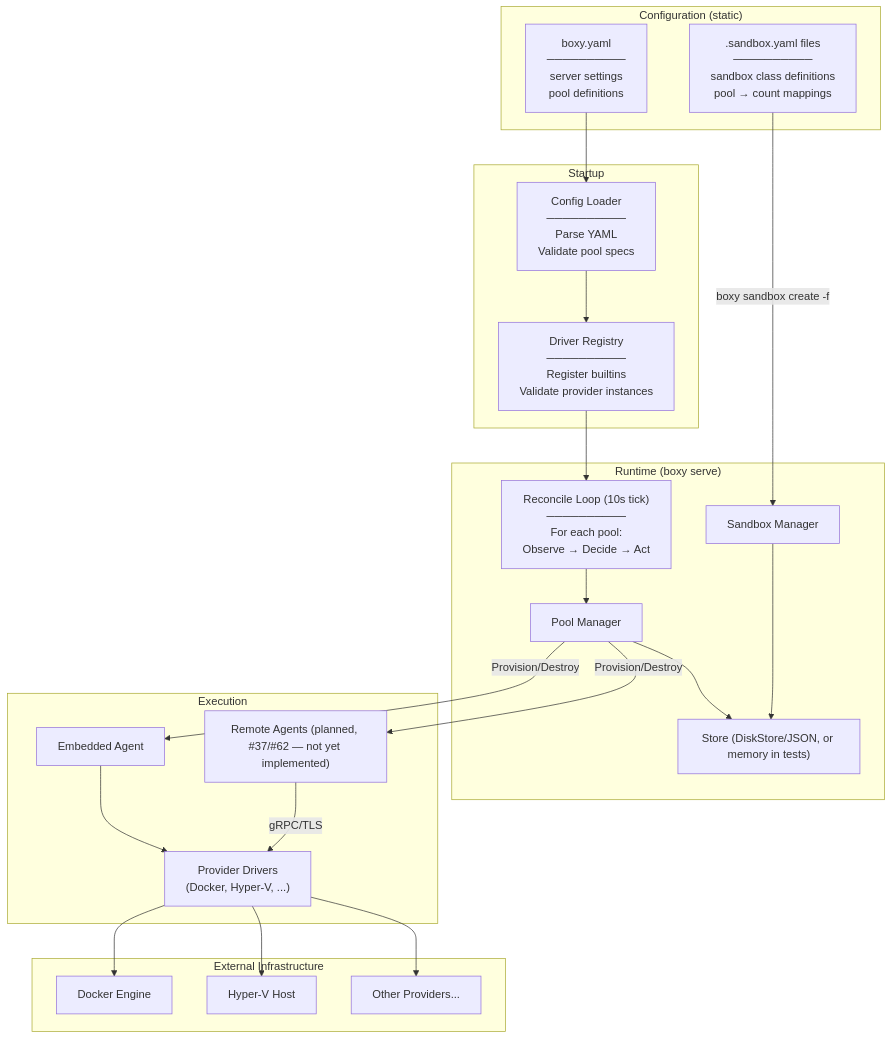
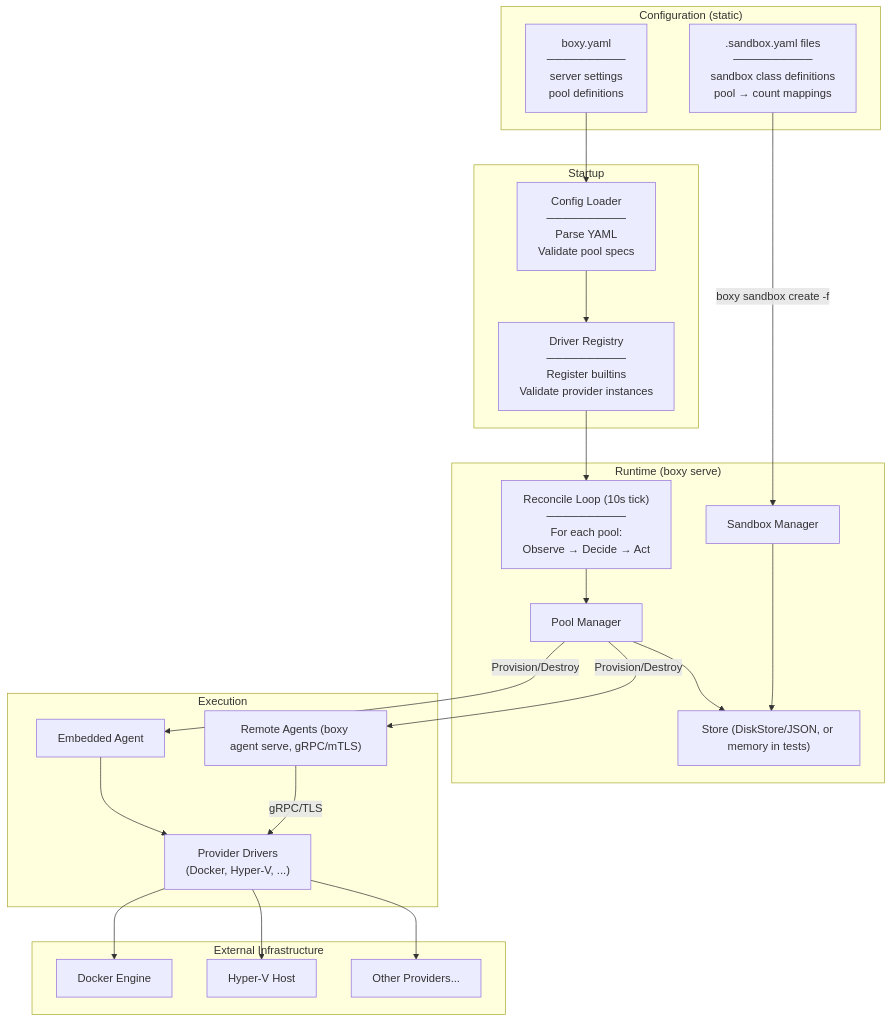
Before and after one commit to Geogboe/boxy: diagram 11 of 12 in docs/architecture.md, drawn with Mermaid. The commit also changed other lines of this file and 1 other file, not shown here.

First line of the commit message:
docs: mark remote agent transport as implemented in architecture docs

````diff
--- a/docs/architecture.md
+++ b/docs/architecture.md
@@ -463,50 +463,50 @@
 ```mermaid
 graph TB
     subgraph "Configuration (static)"
         BoxyYaml["boxy.yaml<br/>──────────<br/>server settings<br/>pool definitions"]
         SandboxYaml[".sandbox.yaml files<br/>──────────<br/>sandbox class definitions<br/>pool → count mappings"]
     end
 
     subgraph "Startup"
         ConfigLoad["Config Loader<br/>──────────<br/>Parse YAML<br/>Validate pool specs"]
         DriverReg["Driver Registry<br/>──────────<br/>Register builtins<br/>Validate provider instances"]
     end
 
     subgraph "Runtime (boxy serve)"
         RecLoop["Reconcile Loop (10s tick)<br/>──────────<br/>For each pool:<br/>Observe → Decide → Act"]
         PoolMgr["Pool Manager"]
         SandboxMgr["Sandbox Manager"]
         StoreRT["Store (DiskStore/JSON, or memory in tests)"]
     end
 
     subgraph "Execution"
         EmbAgent["Embedded Agent"]
-        RemAgent["Remote Agents (planned, #37/#62 — not yet implemented)"]
+        RemAgent["Remote Agents (boxy agent serve, gRPC/mTLS)"]
         Drivers["Provider Drivers<br/>(Docker, Hyper-V, ...)"]
     end
 
     subgraph "External Infrastructure"
         Docker["Docker Engine"]
         HyperV["Hyper-V Host"]
         Other["Other Providers..."]
     end
 
     BoxyYaml --> ConfigLoad
     ConfigLoad --> DriverReg
     DriverReg --> RecLoop
 
     RecLoop --> PoolMgr
     PoolMgr --> StoreRT
     PoolMgr -->|"Provision/Destroy"| EmbAgent
     PoolMgr -->|"Provision/Destroy"| RemAgent
 
     SandboxYaml -->|"boxy sandbox create -f"| SandboxMgr
     SandboxMgr --> StoreRT
 
     EmbAgent --> Drivers
     RemAgent -->|"gRPC/TLS"| Drivers
 
     Drivers --> Docker
     Drivers --> HyperV
     Drivers --> Other
 ```
````
